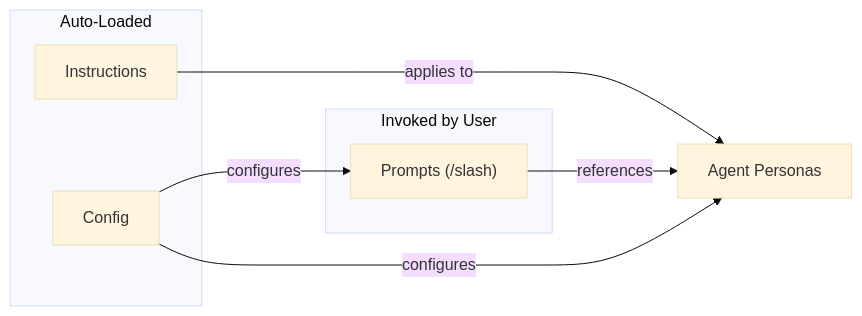
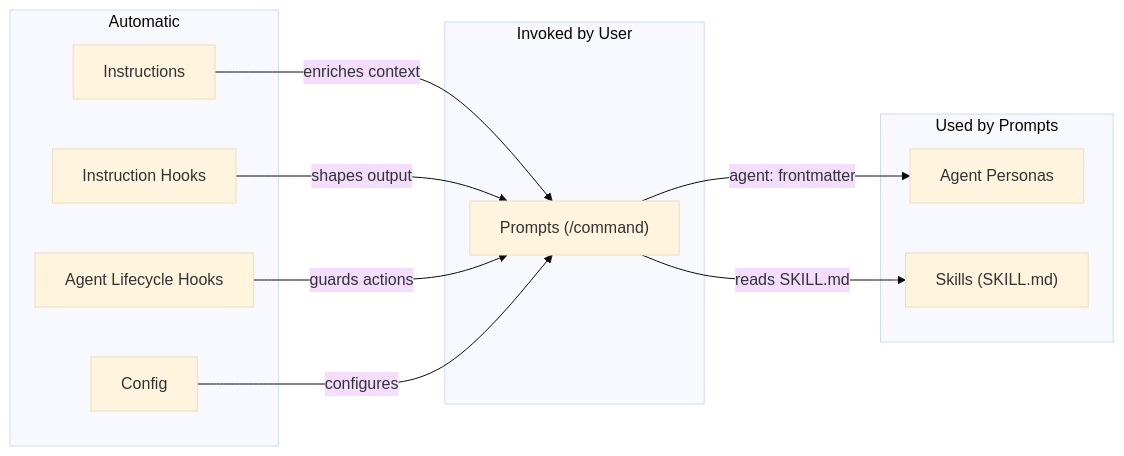
One commit to jwmunn/copilot-config changed the second of 4 diagrams in README.md. Above: the diagram before and after it, drawn with Mermaid (base theme). The commit also changed other lines of this file and 2 other files, not shown here.

First line of the commit message:
feat(hooks): add sessionStart hook for Node.js setup in SWE agent

````diff
--- a/README.md
+++ b/README.md
@@ -144,16 +150,25 @@
 ```mermaid
 graph LR
     subgraph "Invoked by User"
-        P["Prompts (/slash)"]
+        P["Prompts (/command)"]
     end
     
-    subgraph "Auto-Loaded"
+    subgraph "Used by Prompts"
+        AG["Agent Personas"]
+        SK["Skills (SKILL.md)"]
+    end
+    
+    subgraph "Automatic"
         I["Instructions"]
+        HI["Instruction Hooks"]
+        HA["Agent Lifecycle Hooks"]
         C["Config"]
     end
     
-    P --> |references| AG["Agent Personas"]
-    I --> |applies to| AG
+    P --> |"agent: frontmatter"| AG
+    P --> |"reads SKILL.md"| SK
+    I --> |"enriches context"| P
+    HI --> |"shapes output"| P
+    HA --> |"guards actions"| P
     C --> |configures| P
-    C --> |configures| AG
 ```
````
